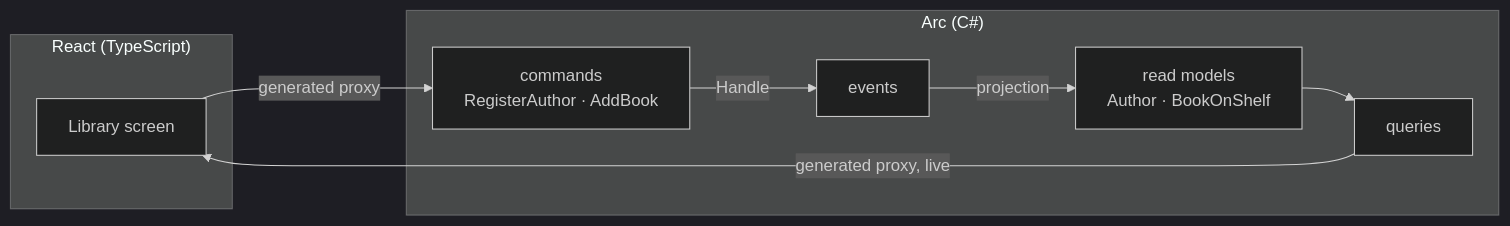
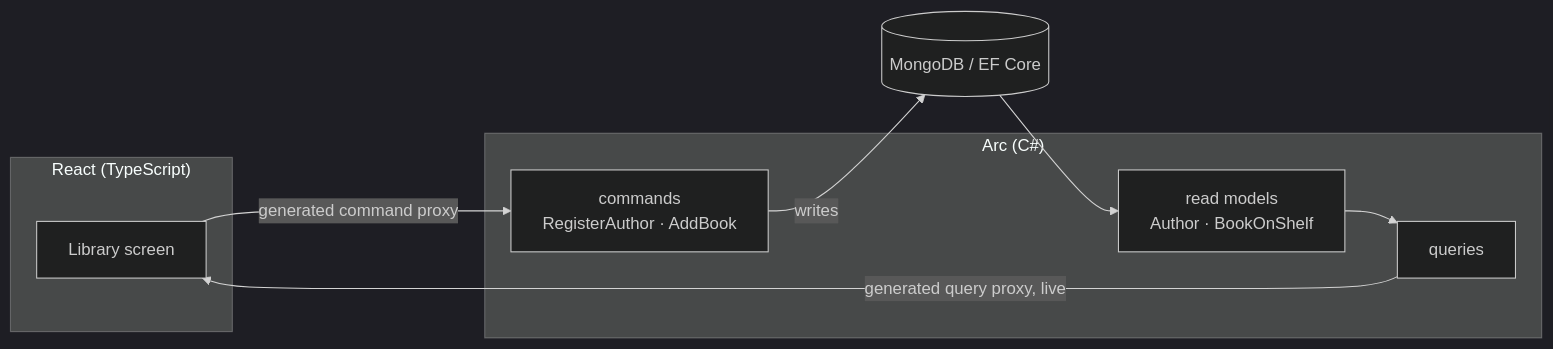
Before and after one commit to Cratis/Arc: the diagram in Documentation/tutorial/index.md, drawn with Mermaid (dark theme). The commit also changed other lines of this file and 3 other files, not shown here.

````diff
--- a/Documentation/tutorial/index.md
+++ b/Documentation/tutorial/index.md
@@ -12,17 +14,17 @@
 ```mermaid
 flowchart LR
     subgraph Browser["React (TypeScript)"]
         UI["Library screen"]
     end
     subgraph Backend["Arc (C#)"]
         Cmd["commands<br/>RegisterAuthor · AddBook"]
-        Evt["events"]
         RM["read models<br/>Author · BookOnShelf"]
         Q["queries"]
     end
-    UI -->|generated proxy| Cmd
-    Cmd -->|Handle| Evt
-    Evt -->|projection| RM
+    DB[("MongoDB / EF Core")]
+    UI -->|generated command proxy| Cmd
+    Cmd -->|writes| DB
+    DB --> RM
     RM --> Q
-    Q -->|generated proxy, live| UI
+    Q -->|generated query proxy, live| UI
 ```
````
